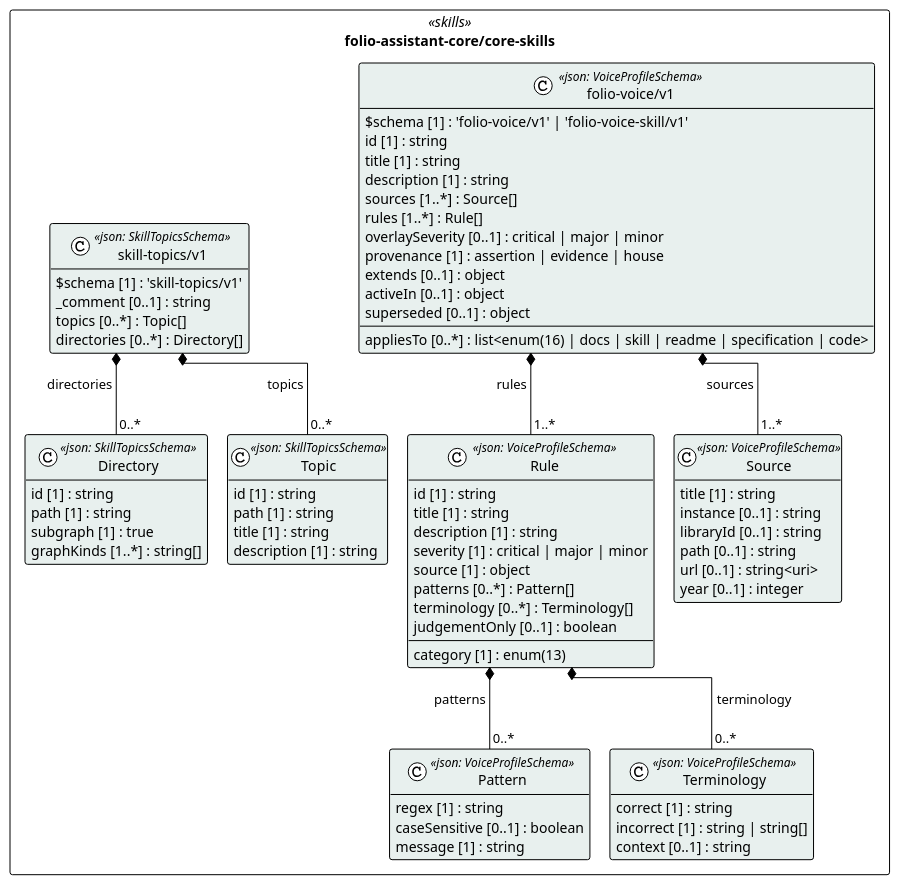
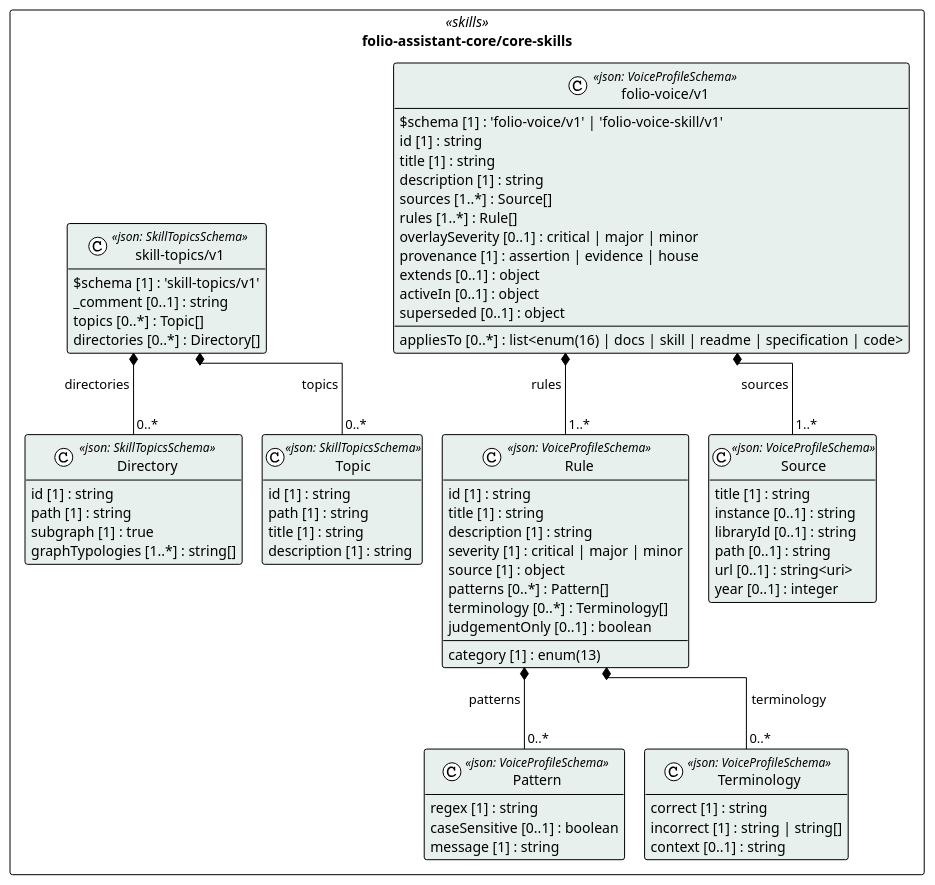
The diagram in cat-harness/uml/overview/folio-assistant-core/core-skills.puml (litlfred/folio-assistant), drawn with PlantUML before and after one commit. The commit also changed 1369 other files, not shown here.

First line of the commit message:
Rename "graph kind" to "graph typology", everywhere, no alias (#2200)

```diff
--- a/cat-harness/uml/overview/folio-assistant-core/core-skills.puml
+++ b/cat-harness/uml/overview/folio-assistant-core/core-skills.puml
@@ -3,79 +3,79 @@
 @startuml folio_assistant_core_core_skills
 !pragma layout elk
 !theme plain
 skinparam classAttributeIconSize 0
 skinparam shadowing false
 skinparam packageStyle rectangle
 hide empty methods
 
 package "folio-assistant-core/core-skills" as pkg_folio_assistant_core_core_skills <<skills>> {
   class "Source" as folio_assistant_core_core_skills_folio_voice_v1_Source <<json: VoiceProfileSchema>> #e8f0ee {
     title [1] : string
     instance [0..1] : string
     libraryId [0..1] : string
     path [0..1] : string
     url [0..1] : string<uri>
     year [0..1] : integer
   }
   class "Pattern" as folio_assistant_core_core_skills_folio_voice_v1_Pattern <<json: VoiceProfileSchema>> #e8f0ee {
     regex [1] : string
     caseSensitive [0..1] : boolean
     message [1] : string
   }
   class "Terminology" as folio_assistant_core_core_skills_folio_voice_v1_Terminology <<json: VoiceProfileSchema>> #e8f0ee {
     correct [1] : string
     incorrect [1] : string | string[]
     context [0..1] : string
   }
   class "Rule" as folio_assistant_core_core_skills_folio_voice_v1_Rule <<json: VoiceProfileSchema>> #e8f0ee {
     id [1] : string
     title [1] : string
     description [1] : string
     category [1] : enum(13)
     severity [1] : critical | major | minor
     source [1] : object
     patterns [0..*] : Pattern[]
     terminology [0..*] : Terminology[]
     judgementOnly [0..1] : boolean
   }
   class "folio-voice/v1" as folio_assistant_core_core_skills_folio_voice_v1_folio_voice_v1 <<json: VoiceProfileSchema>> #e8f0ee {
     $schema [1] : 'folio-voice/v1' | 'folio-voice-skill/v1'
     id [1] : string
     title [1] : string
     description [1] : string
     sources [1..*] : Source[]
     rules [1..*] : Rule[]
     overlaySeverity [0..1] : critical | major | minor
     appliesTo [0..*] : list<enum(16) | docs | skill | readme | specification | code>
     provenance [1] : assertion | evidence | house
     extends [0..1] : object
     activeIn [0..1] : object
     superseded [0..1] : object
   }
   class "Topic" as folio_assistant_core_core_skills_skill_topics_v1_Topic <<json: SkillTopicsSchema>> #e8f0ee {
     id [1] : string
     path [1] : string
     title [1] : string
     description [1] : string
   }
   class "Directory" as folio_assistant_core_core_skills_skill_topics_v1_Directory <<json: SkillTopicsSchema>> #e8f0ee {
     id [1] : string
     path [1] : string
     subgraph [1] : true
-    graphKinds [1..*] : string[]
+    graphTypologies [1..*] : string[]
   }
   class "skill-topics/v1" as folio_assistant_core_core_skills_skill_topics_v1_skill_topics_v1 <<json: SkillTopicsSchema>> #e8f0ee {
     $schema [1] : 'skill-topics/v1'
     _comment [0..1] : string
     topics [0..*] : Topic[]
     directories [0..*] : Directory[]
   }
 }
 
 folio_assistant_core_core_skills_folio_voice_v1_folio_voice_v1 *-- "1..*" folio_assistant_core_core_skills_folio_voice_v1_Source : sources
 folio_assistant_core_core_skills_folio_voice_v1_Rule *-- "0..*" folio_assistant_core_core_skills_folio_voice_v1_Pattern : patterns
 folio_assistant_core_core_skills_folio_voice_v1_Rule *-- "0..*" folio_assistant_core_core_skills_folio_voice_v1_Terminology : terminology
 folio_assistant_core_core_skills_folio_voice_v1_folio_voice_v1 *-- "1..*" folio_assistant_core_core_skills_folio_voice_v1_Rule : rules
 folio_assistant_core_core_skills_skill_topics_v1_skill_topics_v1 *-- "0..*" folio_assistant_core_core_skills_skill_topics_v1_Topic : topics
 folio_assistant_core_core_skills_skill_topics_v1_skill_topics_v1 *-- "0..*" folio_assistant_core_core_skills_skill_topics_v1_Directory : directories
 @enduml
```
